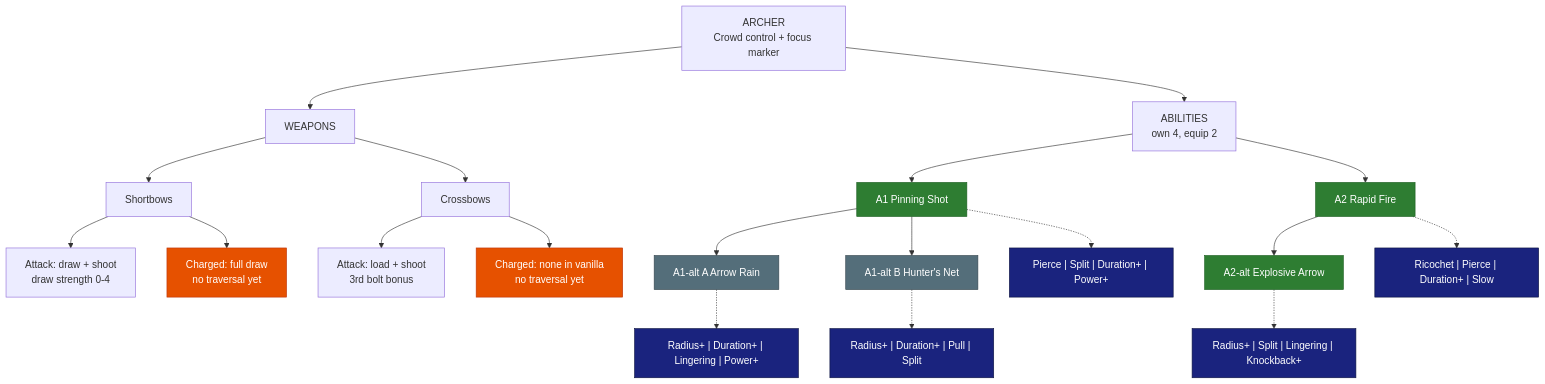
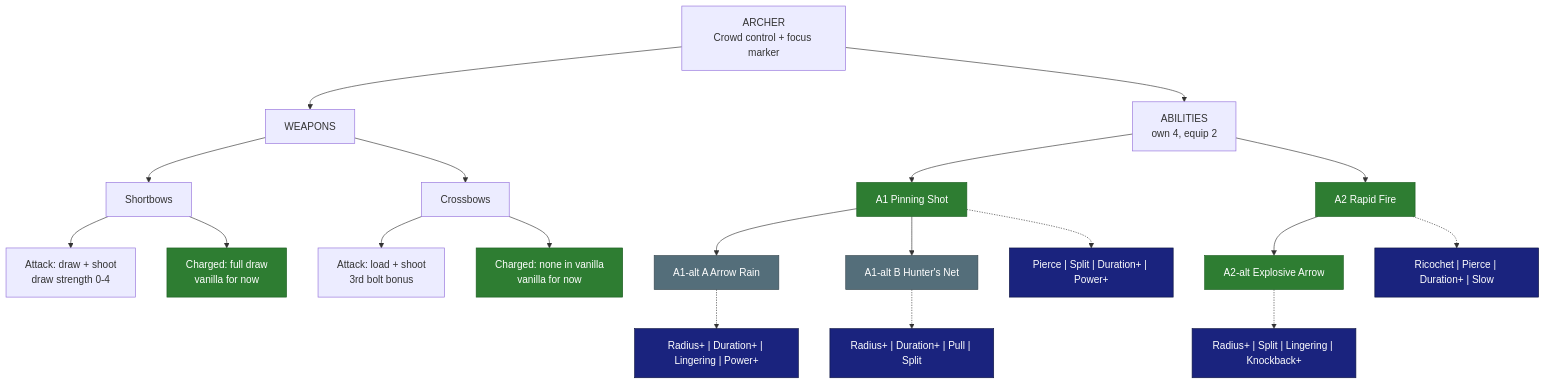
One commit to SkyyPlayz/SkyyWynnBlock changed the diagram in research/classes/Archer.md. Above: the diagram before and after it, drawn with Mermaid. The commit also changed other lines of this file and 15 other files, not shown here.

First line of the commit message:
Docs review fixes: rollback steps, honest test list, answered-later pointers, qa_append matches whole question; Skyy: traversals vanilla for now

````diff
--- a/research/classes/Archer.md
+++ b/research/classes/Archer.md
@@ -18,30 +18,29 @@
 ```mermaid
 flowchart TD
   CLS["ARCHER<br/>Crowd control + focus marker"]
   CLS --> WPN["WEAPONS"]
   CLS --> ABL["ABILITIES<br/>own 4, equip 2"]
   WPN --> BOW["Shortbows"]
   BOW --> BOWa["Attack: draw + shoot<br/>draw strength 0-4"]
-  BOW --> BOWc["Charged: full draw<br/>no traversal yet"]
+  BOW --> BOWc["Charged: full draw<br/>vanilla for now"]
   WPN --> XB["Crossbows"]
   XB --> XBa["Attack: load + shoot<br/>3rd bolt bonus"]
-  XB --> XBc["Charged: none in vanilla<br/>no traversal yet"]
+  XB --> XBc["Charged: none in vanilla<br/>vanilla for now"]
   ABL --> A1["A1 Pinning Shot"]
   A1 --> A1A["A1-alt A Arrow Rain"]
   A1 --> A1B["A1-alt B Hunter's Net"]
   ABL --> A2["A2 Rapid Fire"]
   A2 --> A2X["A2-alt Explosive Arrow"]
   A1 -.-> M1["Pierce | Split | Duration+ | Power+"]
   A1A -.-> M2["Radius+ | Duration+ | Lingering | Power+"]
   A1B -.-> M3["Radius+ | Duration+ | Pull | Split"]
   A2 -.-> M4["Ricochet | Pierce | Duration+ | Slow"]
   A2X -.-> M5["Radius+ | Split | Lingering | Knockback+"]
   classDef locked fill:#2e7d32,color:#fff,stroke:#1b5e20
   classDef proposed fill:#546e7a,color:#fff,stroke:#37474f
   classDef open fill:#e65100,color:#fff,stroke:#bf360c
   classDef mods fill:#1a237e,color:#fff,stroke:#0d1442
-  class A1,A2,A2X locked
+  class A1,A2,A2X,BOWc,XBc locked
   class A1A,A1B proposed
-  class BOWc,XBc open
   class M1,M2,M3,M4,M5 mods
 ```
````
